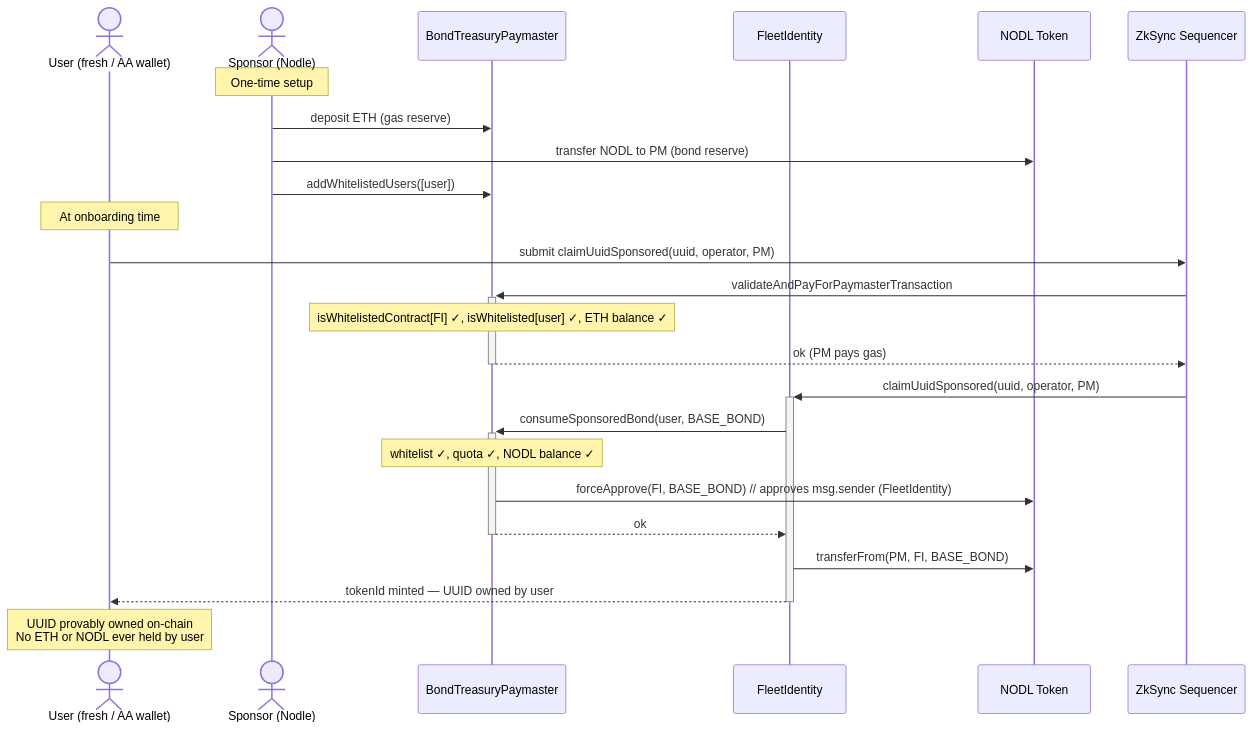
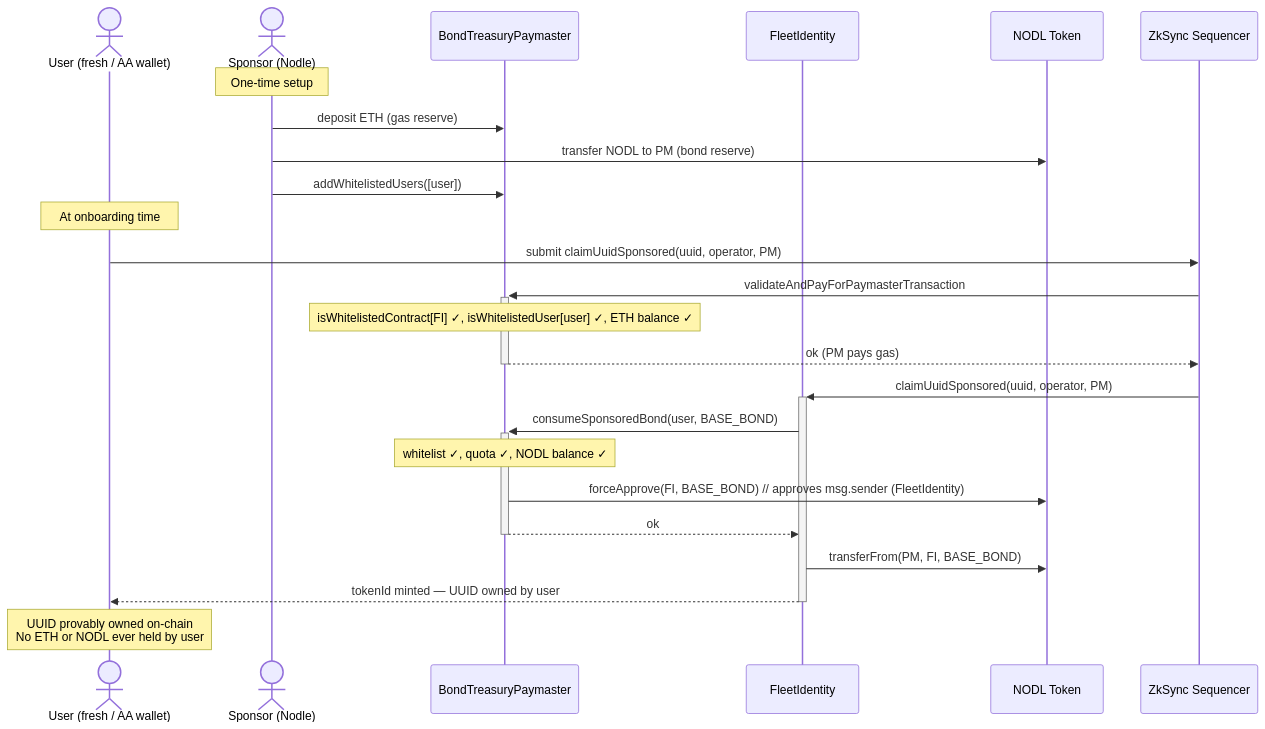
One commit to NodleCode/rollup changed diagram 16 of 16 in src/swarms/doc/spec/swarm-specification.md. Above: the diagram before and after it, drawn with Mermaid. The commit also changed other lines of this file and 2 other files, not shown here.

````diff
--- a/src/swarms/doc/spec/swarm-specification.md
+++ b/src/swarms/doc/spec/swarm-specification.md
@@ -1542,30 +1531,30 @@
 ```mermaid
 sequenceDiagram
     actor User as User (fresh / AA wallet)
     actor Sponsor as Sponsor (Nodle)
     participant PM as BondTreasuryPaymaster
     participant FI as FleetIdentity
     participant TOKEN as NODL Token
     participant ZK as ZkSync Sequencer
 
     Note over Sponsor: One-time setup
     Sponsor->>PM: deposit ETH (gas reserve)
     Sponsor->>TOKEN: transfer NODL to PM (bond reserve)
     Sponsor->>PM: addWhitelistedUsers([user])
 
     Note over User: At onboarding time
     User->>ZK: submit claimUuidSponsored(uuid, operator, PM)
     ZK->>+PM: validateAndPayForPaymasterTransaction
-    Note over PM: isWhitelistedContract[FI] ✓, isWhitelisted[user] ✓, ETH balance ✓
+    Note over PM: isWhitelistedContract[FI] ✓, isWhitelistedUser[user] ✓, ETH balance ✓
     PM-->>-ZK: ok (PM pays gas)
 
     ZK->>+FI: claimUuidSponsored(uuid, operator, PM)
     FI->>+PM: consumeSponsoredBond(user, BASE_BOND)
     Note over PM: whitelist ✓, quota ✓, NODL balance ✓
     PM->>TOKEN: forceApprove(FI, BASE_BOND)  // approves msg.sender (FleetIdentity)
     PM-->>-FI: ok
     FI->>TOKEN: transferFrom(PM, FI, BASE_BOND)
     FI-->>-User: tokenId minted — UUID owned by user
 
     Note over User: UUID provably owned on-chain<br/>No ETH or NODL ever held by user
 ```
````
